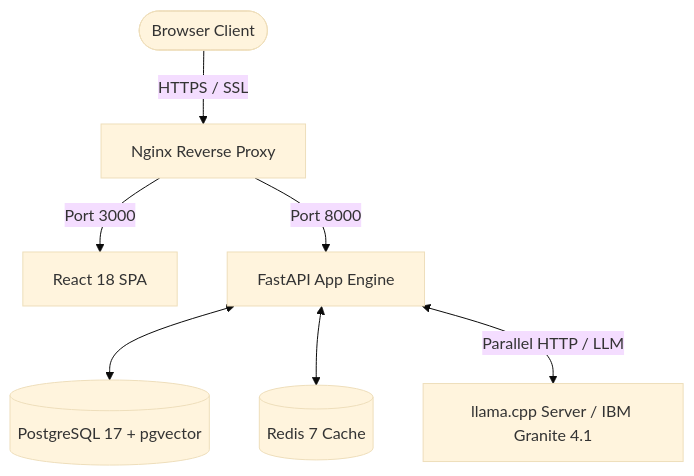
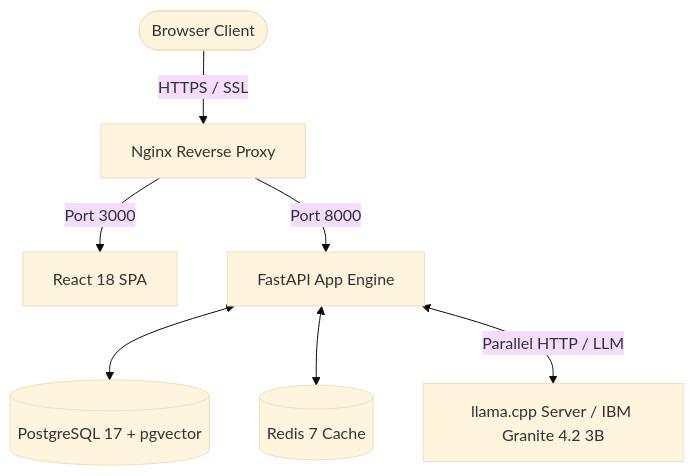
One commit to rakhi-dev-pro/legalbot changed the diagram in README.md. Above: the diagram before and after it, drawn with Mermaid (base theme). The commit also changed other lines of this file and 10 other files, not shown here.

````diff
--- a/README.md
+++ b/README.md
@@ -42,10 +42,10 @@
 ```mermaid
 graph TD
     User([Browser Client]) -->|HTTPS / SSL| Nginx[Nginx Reverse Proxy]
     Nginx -->|Port 3000| Frontend[React 18 SPA]
     Nginx -->|Port 8000| Backend[FastAPI App Engine]
     
     Backend <--> DB[(PostgreSQL 17 + pgvector)]
     Backend <--> Redis[(Redis 7 Cache)]
-    Backend <-->|Parallel HTTP / LLM| LlamaCPP[llama.cpp Server / IBM Granite 4.1]
+    Backend <-->|Parallel HTTP / LLM| LlamaCPP[llama.cpp Server / IBM Granite 4.2 3B]
 ```
````
